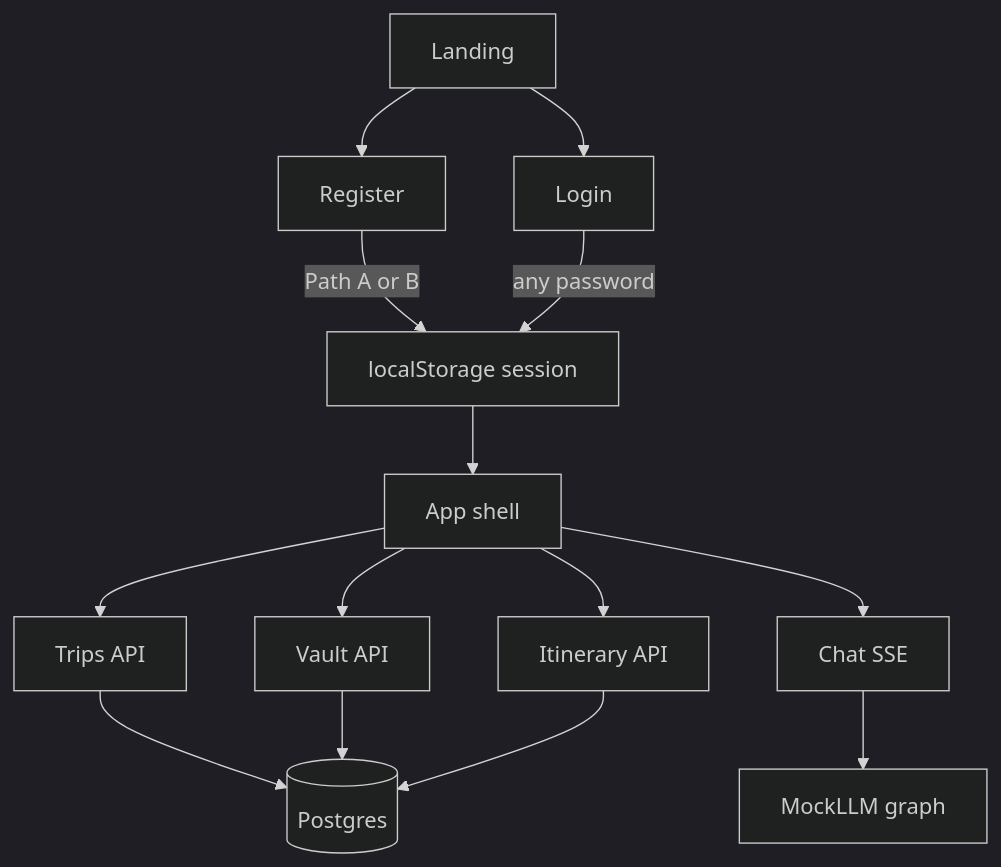
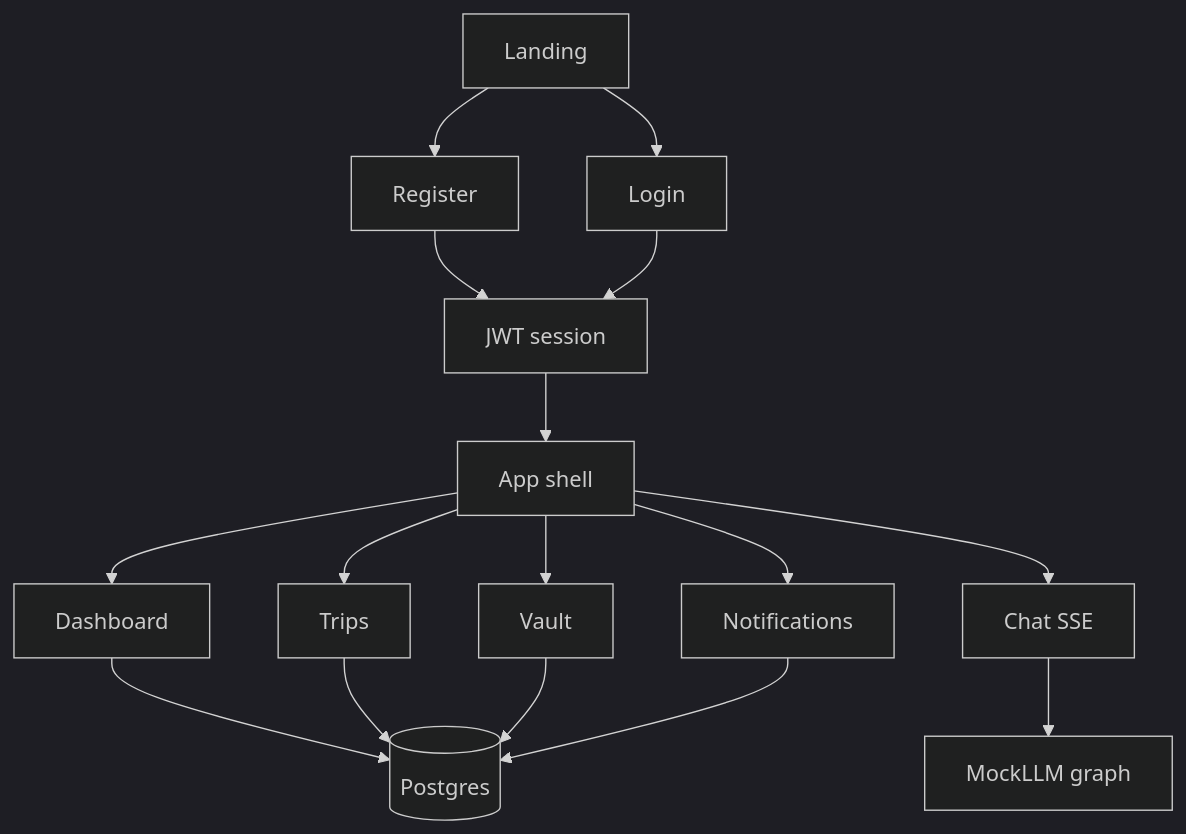
The second of 3 diagrams in docs/index.md (zsolt-molnar/travel-bug), drawn with Mermaid (dark theme) before and after one commit. The commit also changed other lines of this file and 139 other files, not shown here.

````diff
--- a/docs/index.md
+++ b/docs/index.md
@@ -57,28 +62,31 @@
 ```mermaid
 flowchart TD
   landing[Landing]
   login[Login]
   register[Register]
-  session[localStorage session]
+  session[JWT session]
   appShell[App shell]
-  trips[Trips API]
-  vault[Vault API]
-  itin[Itinerary API]
+  home[Dashboard]
+  trips[Trips]
+  vault[Vault]
+  notifs[Notifications]
   chat[Chat SSE]
   pg[(Postgres)]
   mockGraph[MockLLM graph]
 
   landing --> login
   landing --> register
-  register -->|Path A or B| session
-  login -->|any password| session
+  register --> session
+  login --> session
   session --> appShell
+  appShell --> home
   appShell --> trips
   appShell --> vault
-  appShell --> itin
+  appShell --> notifs
   appShell --> chat
+  home --> pg
   trips --> pg
   vault --> pg
-  itin --> pg
+  notifs --> pg
   chat --> mockGraph
 ```
````
